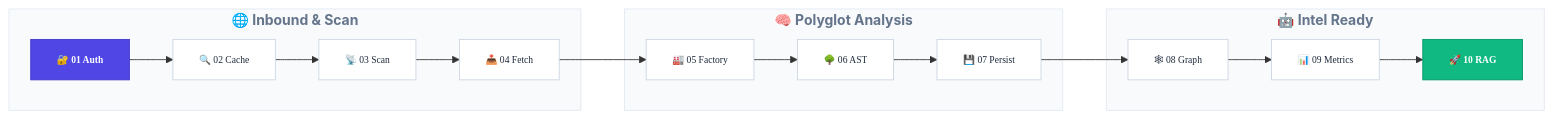
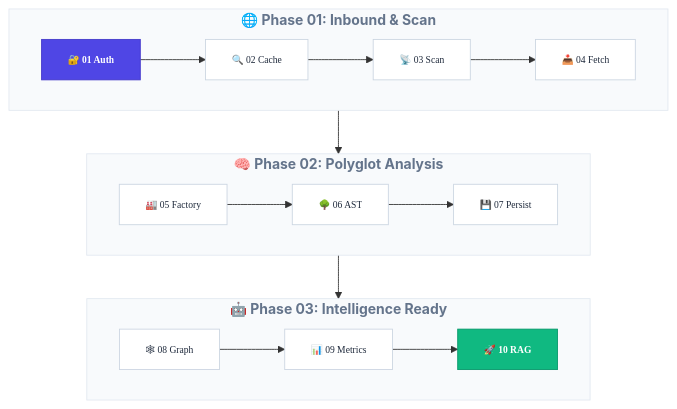
The second of 2 diagrams in README.md (EJ-pro/ChatFolio), drawn with Mermaid before and after one commit.

Commit message:
README 업데이트

````diff
--- a/README.md
+++ b/README.md
@@ -119,29 +119,32 @@
 ```mermaid
-flowchart LR
-    subgraph Inbound ["🌐 Inbound & Scan"]
+flowchart TD
+    subgraph Inbound ["🌐 Phase 01: Inbound & Scan"]
+        direction LR
         S1["🔐 01 Auth"] --> S2["🔍 02 Cache"] --> S3["📡 03 Scan"] --> S4["📥 04 Fetch"]
     end
 
-    subgraph Backend ["🧠 Polyglot Analysis"]
+    subgraph Backend ["🧠 Phase 02: Polyglot Analysis"]
+        direction LR
         S5["🏭 05 Factory"] --> S6["🌳 06 AST"] --> S7["💾 07 Persist"]
     end
 
-    subgraph Intelligence ["🤖 Intel Ready"]
+    subgraph Intelligence ["🤖 Phase 03: Intelligence Ready"]
+        direction LR
         S8["🕸 08 Graph"] --> S9["📊 09 Metrics"] --> S10["🚀 10 RAG"]
     end
 
-    S4 --> S5
-    S7 --> S8
+    Inbound --> Backend
+    Backend --> Intelligence
 
     %% Styling
     classDef default font-family:Pretendard,font-size:11px;
     classDef phase fill:#f8fafc,stroke:#e2e8f0,stroke-width:1px,color:#64748b,font-weight:bold;
     classDef start fill:#4f46e5,stroke:#4338ca,color:#fff,font-weight:bold;
     classDef endNode fill:#10b981,stroke:#059669,color:#fff,font-weight:bold;
     classDef step fill:#fff,stroke:#cbd5e1,color:#1e293b;
 
     class Inbound,Backend,Intelligence phase;
     class S1 start;
     class S10 endNode;
     class S2,S3,S4,S5,S6,S7,S8,S9 step;
 ```
````
